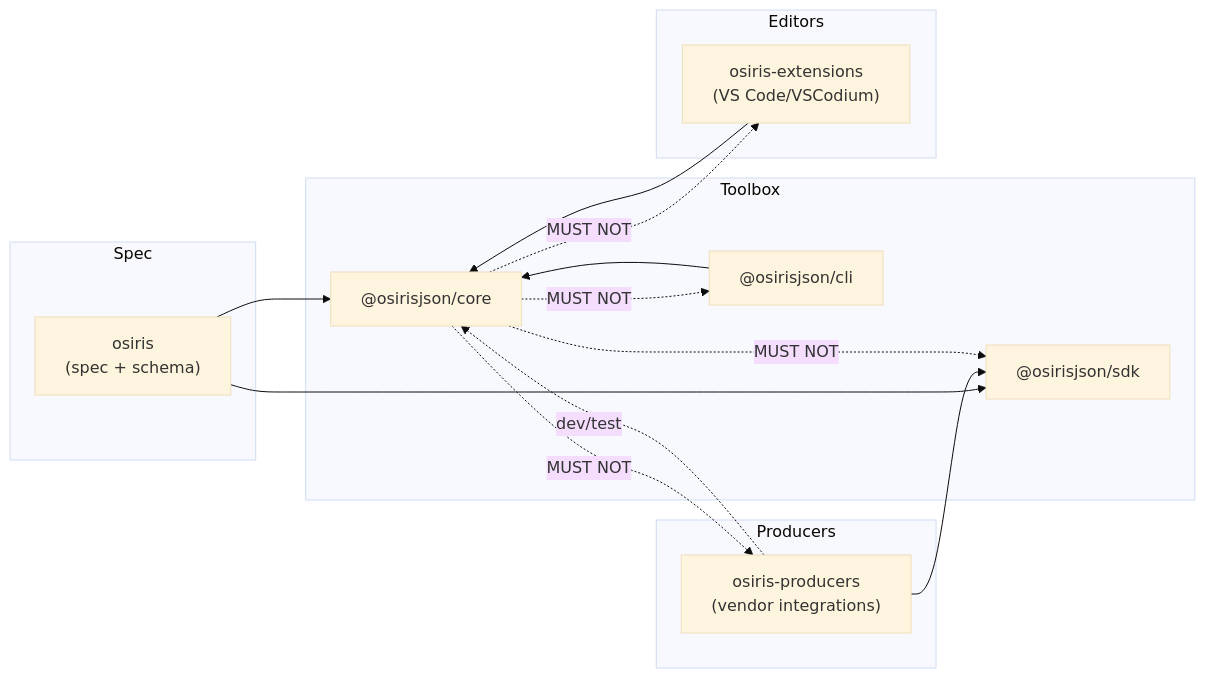
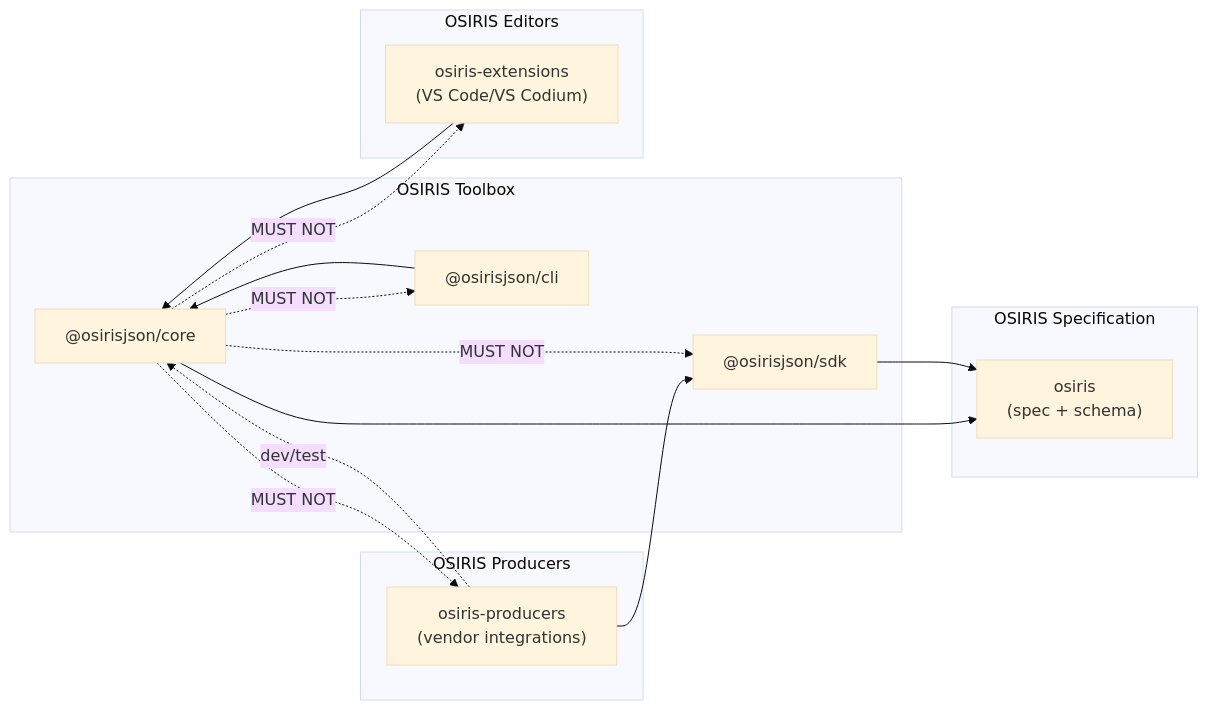
Before and after one commit to osirisjson/osiris: the first of 2 diagrams in docs/guidelines/v1.0/OSIRIS-ARCHITECTURE.md, drawn with Mermaid (base theme). The commit also changed other lines of this file and 1 other file, not shown here.

Commit message:
dev-docs(osiris-architecture):chapter 4 completed 4.1-4.6. Added section 2.4 in chapter 2. Minor fixes across other sections.

````diff
--- a/docs/guidelines/v1.0/OSIRIS-ARCHITECTURE.md
+++ b/docs/guidelines/v1.0/OSIRIS-ARCHITECTURE.md
@@ -192,31 +191,31 @@
 ```mermaid
 flowchart LR
-  subgraph Spec
+  subgraph OSIRIS Specification
     SPEC["osiris
     (spec + schema)"]
   end
-  subgraph Toolbox
+  subgraph OSIRIS Toolbox
     CORE["@osirisjson/core"]
     SDK["@osirisjson/sdk"]
     CLI["@osirisjson/cli"]
   end
-  subgraph Producers
+  subgraph OSIRIS Producers
     PROD["osiris-producers
     (vendor integrations)"]
   end
-  subgraph Editors
+  subgraph OSIRIS Editors
     EXT["osiris-extensions
-    (VS Code/VSCodium)"]
+    (VS Code/VS Codium)"]
   end
-  SPEC --> CORE
-  SPEC --> SDK
+  CORE --> SPEC
+  SDK --> SPEC
   CLI --> CORE
   EXT --> CORE
   PROD --> SDK
   PROD -. dev/test .-> CORE
   %% forbidden edges
   CORE -. MUST NOT .-> CLI
   CORE -. MUST NOT .-> SDK
   CORE -. MUST NOT .-> PROD
   CORE -. MUST NOT .-> EXT
 ```
````
